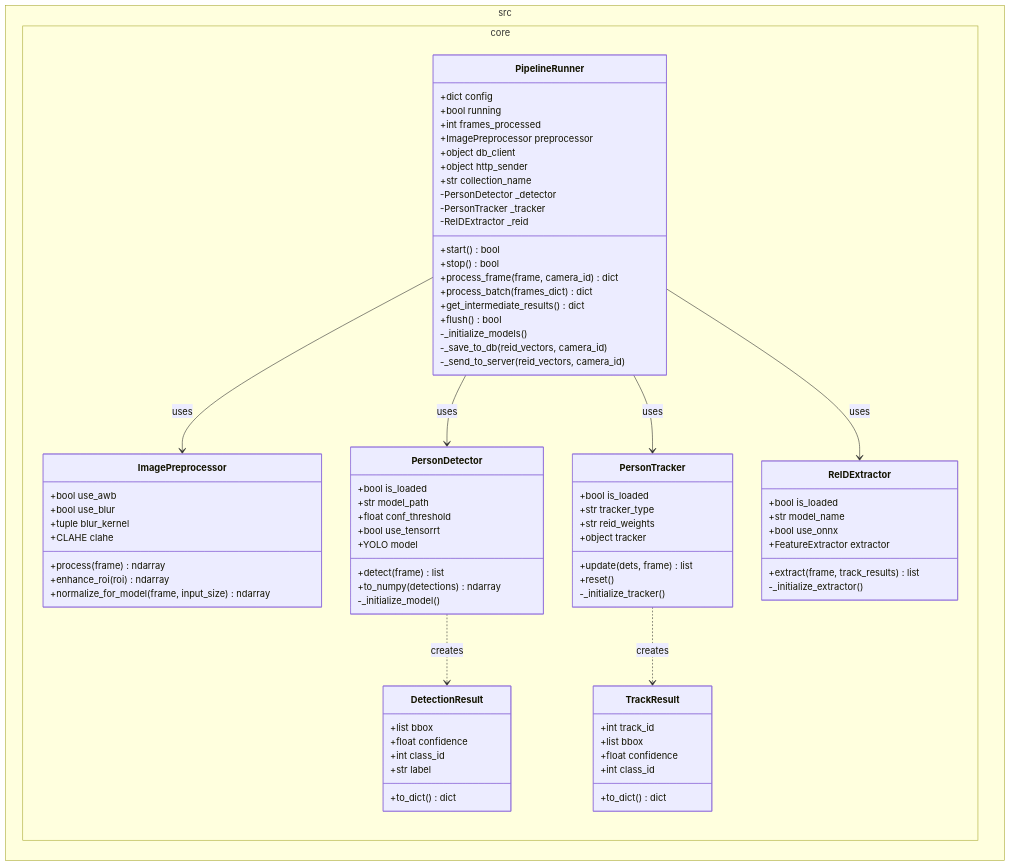
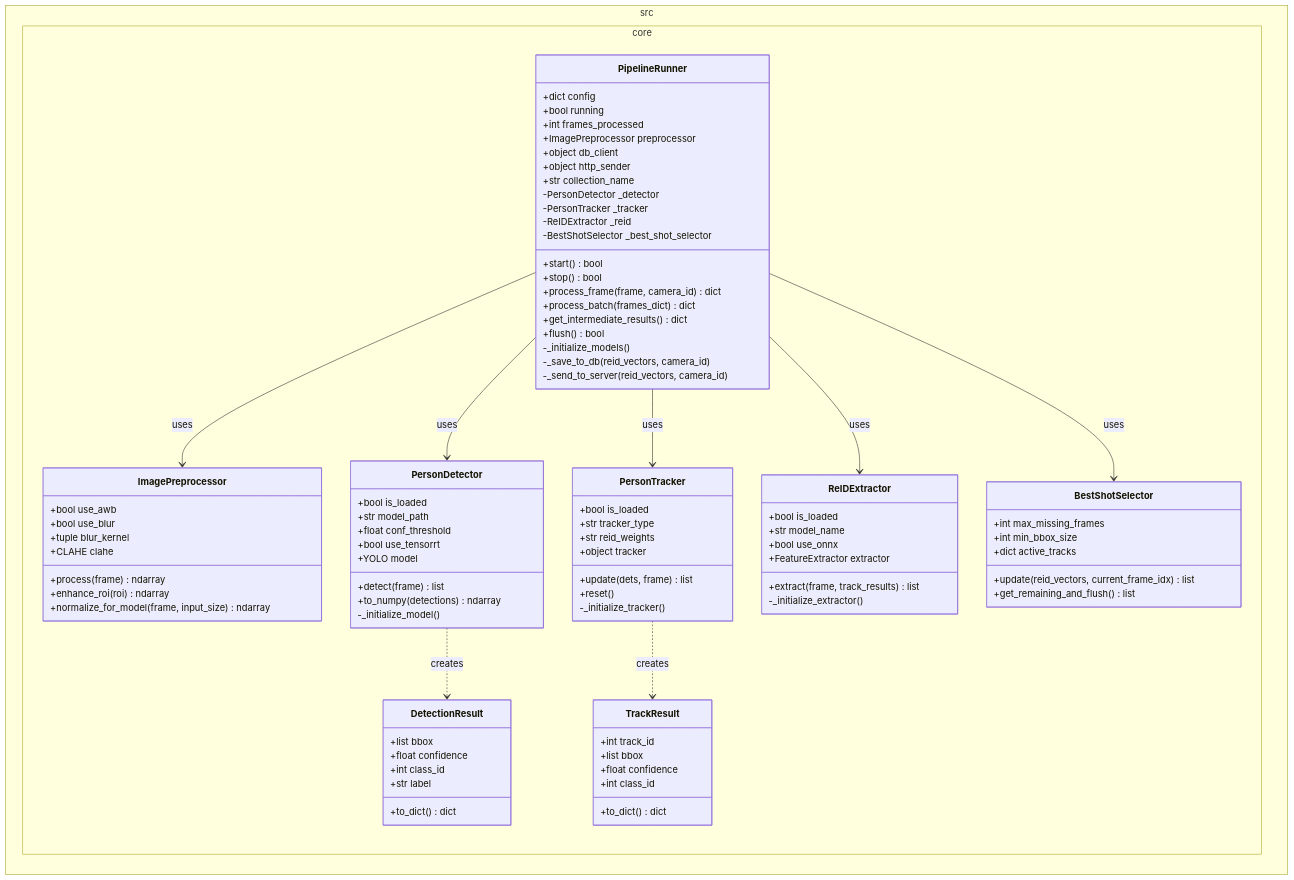
One commit to artport-max/EYE-D changed the second of 6 diagrams in docs/edge-design.md. Above: the diagram before and after it, drawn with Mermaid. The commit also changed other lines of this file and 6 other files, not shown here.

First line of the commit message:
feat(edge-server): 베스트 샷(Best-shot) 주기적 중간 전송 기능 구현 및 스키마 연동

````diff
--- a/docs/edge-design.md
+++ b/docs/edge-design.md
@@ -96,6 +99,7 @@
             -PersonDetector _detector
             -PersonTracker _tracker
             -ReIDExtractor _reid
+            -BestShotSelector _best_shot_selector
             +start() bool
             +stop() bool
             +process_frame(frame, camera_id) dict
@@ -162,12 +166,21 @@
             +extract(frame, track_results) list
             -_initialize_extractor()
         }
+
+        class BestShotSelector {
+            +int max_missing_frames
+            +int min_bbox_size
+            +dict active_tracks
+            +update(reid_vectors, current_frame_idx) list
+            +get_remaining_and_flush() list
+        }
     }
 
     PipelineRunner --> ImagePreprocessor : uses
     PipelineRunner --> PersonDetector : uses
     PipelineRunner --> PersonTracker : uses
     PipelineRunner --> ReIDExtractor : uses
+    PipelineRunner --> BestShotSelector : uses
     PersonDetector ..> DetectionResult : creates
     PersonTracker ..> TrackResult : creates
 ```
````
